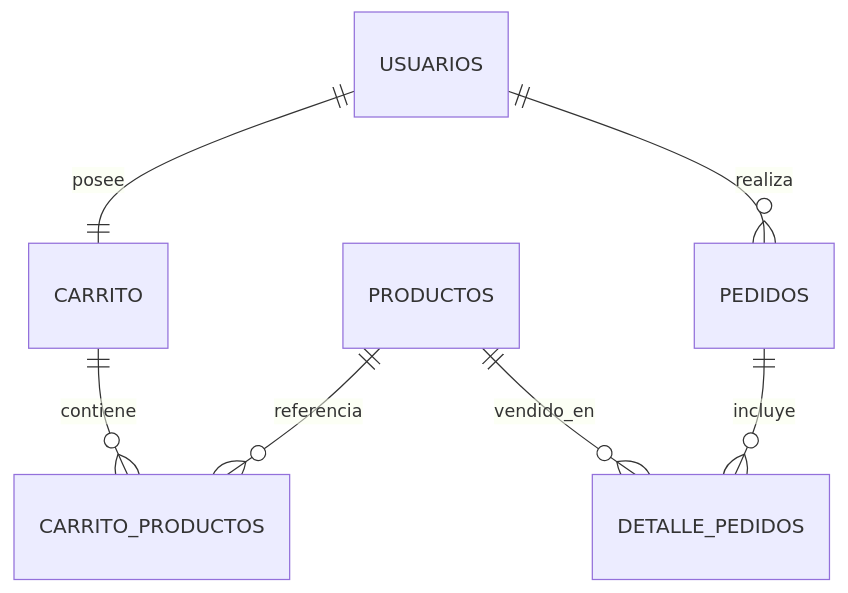
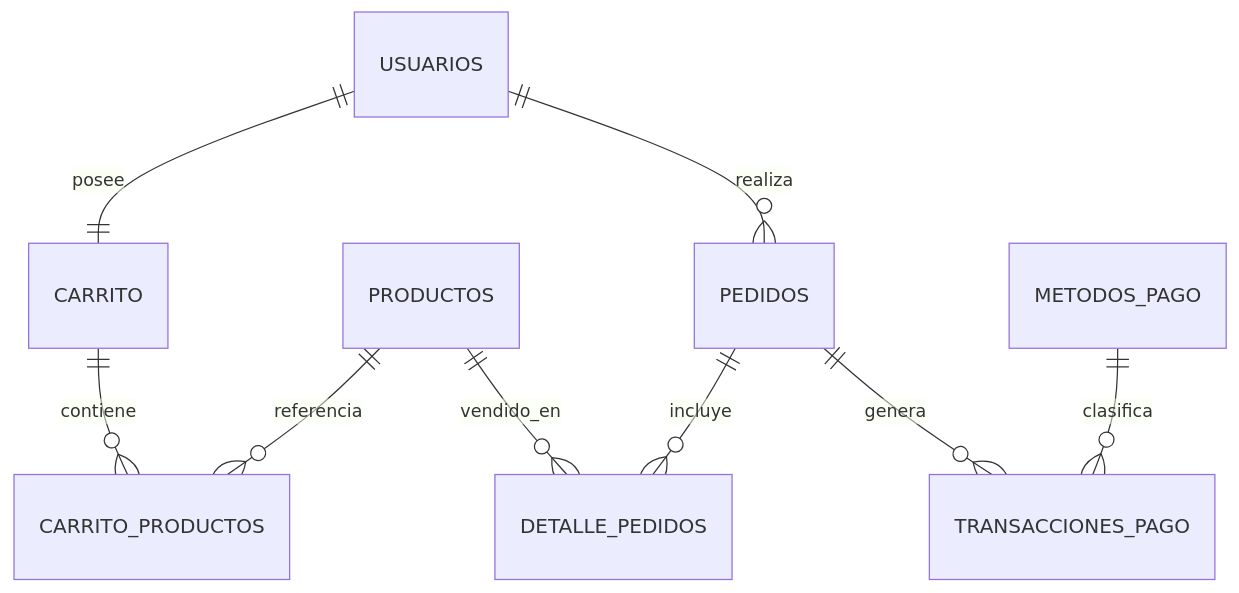
Before and after one commit to GermainCruz/Proyecto_Carrito: the second of 2 diagrams in README.md, drawn with Mermaid. The commit also changed other lines of this file and 3 other files, not shown here.

````diff
--- a/README.md
+++ b/README.md
@@ -99,9 +74,11 @@
 ```mermaid
 erDiagram
     USUARIOS ||--|| CARRITO : posee
     CARRITO ||--o{ CARRITO_PRODUCTOS : contiene
     PRODUCTOS ||--o{ CARRITO_PRODUCTOS : referencia
     USUARIOS ||--o{ PEDIDOS : realiza
     PEDIDOS ||--o{ DETALLE_PEDIDOS : incluye
     PRODUCTOS ||--o{ DETALLE_PEDIDOS : vendido_en
+    PEDIDOS ||--o{ TRANSACCIONES_PAGO : genera
+    METODOS_PAGO ||--o{ TRANSACCIONES_PAGO : clasifica
 ```
````
